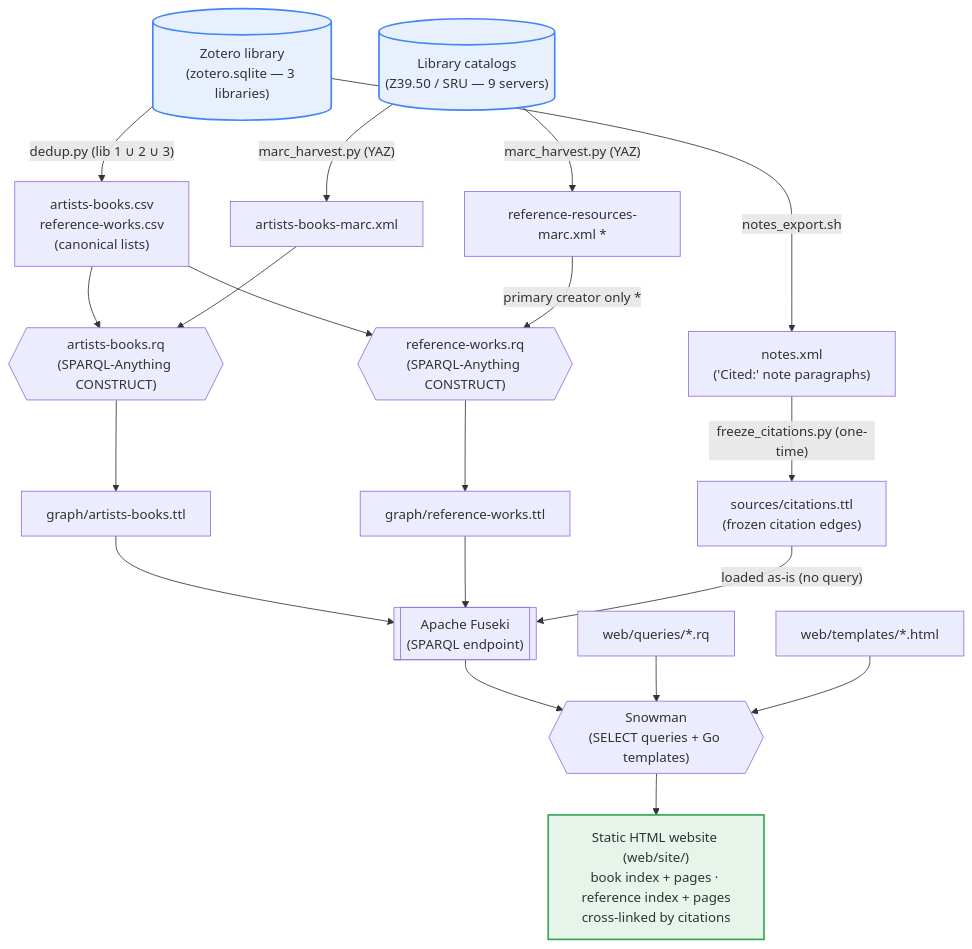
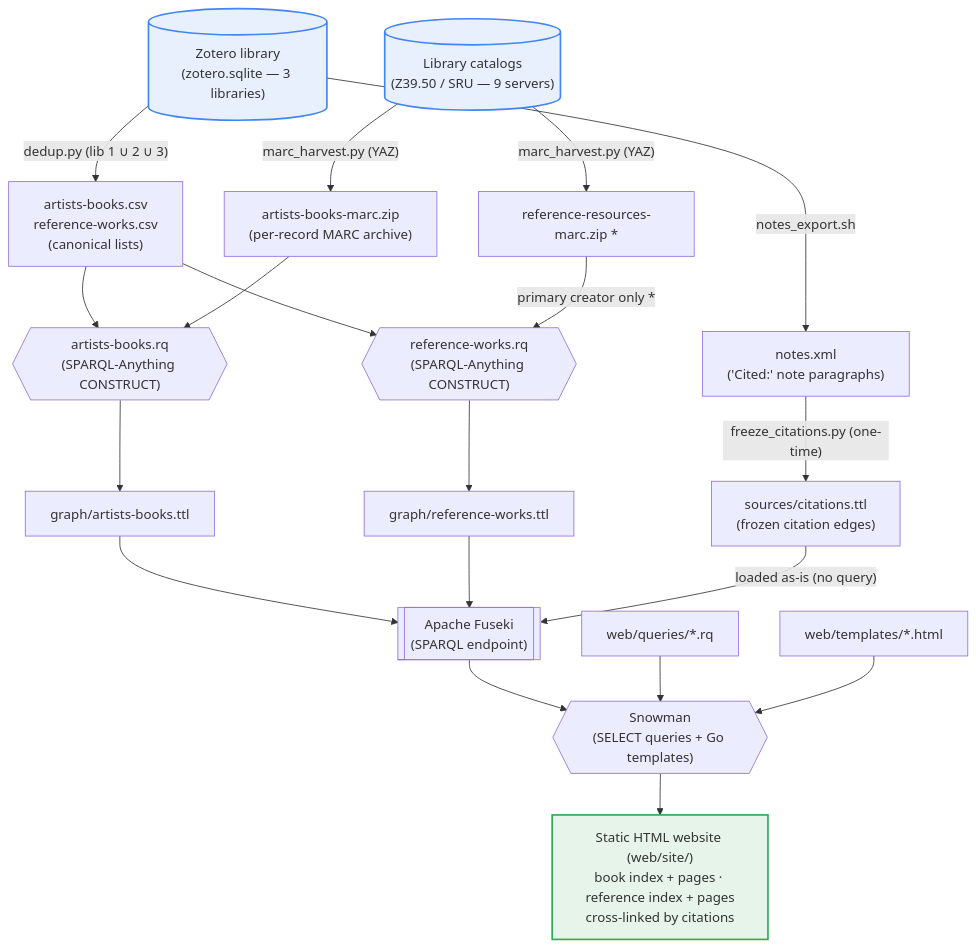
One commit to dkglab/artists-books changed the diagram in docs/PIPELINE.md. Above: the diagram before and after it, drawn with Mermaid. The commit also changed other lines of this file and 14 other files, not shown here.

````diff
--- a/docs/PIPELINE.md
+++ b/docs/PIPELINE.md
@@ -5,41 +5,41 @@
 ```mermaid
 flowchart TD
     %% ---- Inputs ----
     zotero[("Zotero library<br/>(zotero.sqlite — 3 libraries)")]
     catalogs[("Library catalogs<br/>(Z39.50 / SRU — 9 servers)")]
 
     %% ---- Stage 1: source extraction + one-time Phase-0 freeze (issue #82) ----
     zotero -->|"dedup.py (lib 1 ∪ 2 ∪ 3)"| csvs["artists-books.csv<br/>reference-works.csv<br/>(canonical lists)"]
     zotero -->|"notes_export.sh"| notes["notes.xml<br/>('Cited:' note paragraphs)"]
     notes -->|"freeze_citations.py (one-time)"| citttl["sources/citations.ttl<br/>(frozen citation edges)"]
 
-    catalogs -->|"marc_harvest.py (YAZ)"| marc["artists-books-marc.xml"]
-    catalogs -->|"marc_harvest.py (YAZ)"| refmarc["reference-resources-marc.xml *"]
+    catalogs -->|"marc_harvest.py (YAZ)"| marc["artists-books-marc.zip<br/>(per-record MARC archive)"]
+    catalogs -->|"marc_harvest.py (YAZ)"| refmarc["reference-resources-marc.zip *"]
 
     %% ---- Stage 2: CONSTRUCT queries (SPARQL-Anything) ----
     csvs --> abrq{{"artists-books.rq<br/>(SPARQL-Anything CONSTRUCT)"}}
     marc --> abrq
     csvs --> refrq{{"reference-works.rq<br/>(SPARQL-Anything CONSTRUCT)"}}
     refmarc -->|"primary creator only *"| refrq
 
     abrq --> abttl["graph/artists-books.ttl"]
     refrq --> refttl["graph/reference-works.ttl"]
 
     %% ---- Stage 3: graph store ----
     abttl --> fuseki[["Apache Fuseki<br/>(SPARQL endpoint)"]]
     refttl --> fuseki
     citttl -->|"loaded as-is (no query)"| fuseki
 
     %% ---- Stage 4: site generation ----
     fuseki --> snowman{{"Snowman<br/>(SELECT queries + Go templates)"}}
     selects["web/queries/*.rq"] --> snowman
     templates["web/templates/*.html"] --> snowman
 
     %% ---- Output ----
     snowman --> site["Static HTML website (web/site/)<br/>book index + pages · reference index + pages<br/>cross-linked by citations"]
 
     classDef input fill:#e8f0fe,stroke:#4285f4,stroke-width:2px;
     classDef output fill:#e6f4ea,stroke:#34a853,stroke-width:2px;
     class zotero,catalogs input;
     class site output;
 ```
````
